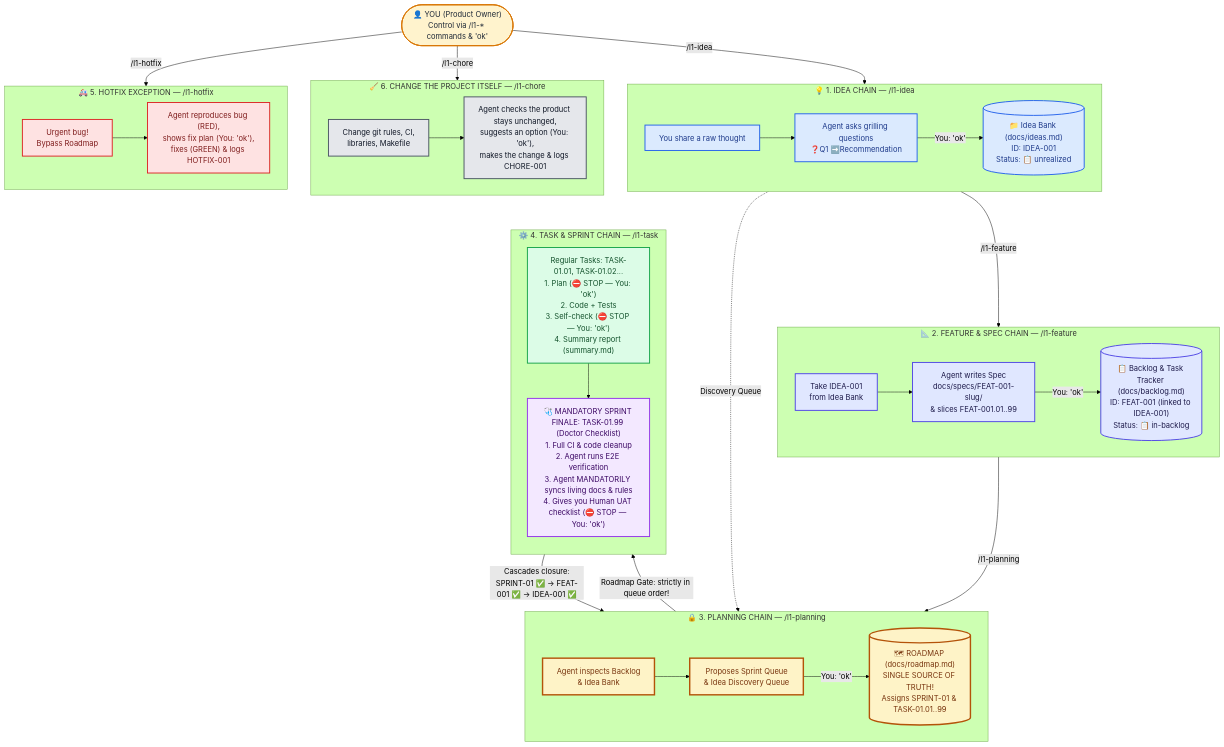
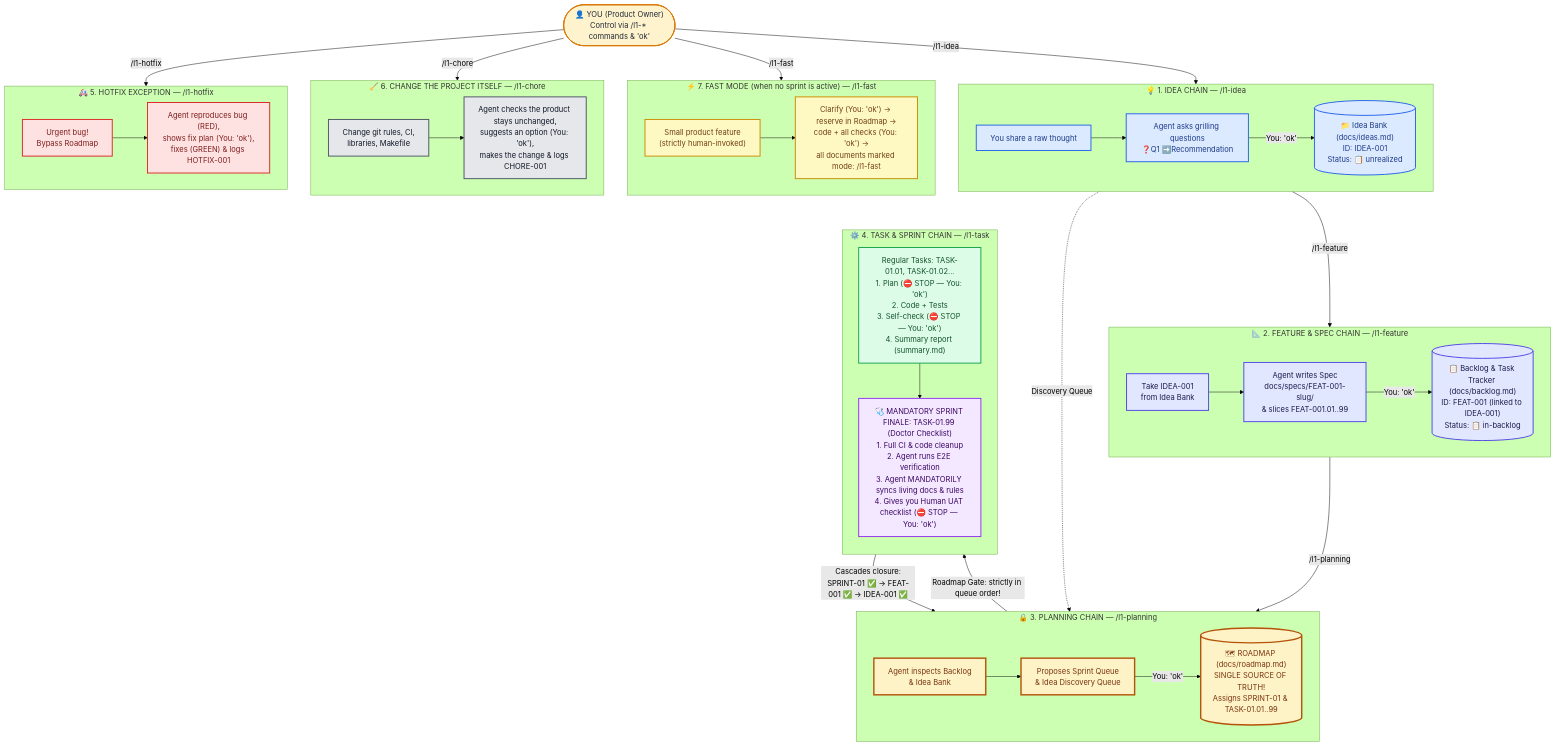
Before and after one commit to ledvanoff/l1dder: the first of 2 diagrams in assets/i18n/en/user-guide/README.md, drawn with Mermaid (forest theme). The commit also changed other lines of this file and 41 other files, not shown here.

Commit message:
docs(guide): explain /l1-fast and sprint rejection across guides, methodology and site

````diff
--- a/assets/i18n/en/user-guide/README.md
+++ b/assets/i18n/en/user-guide/README.md
@@ -41,57 +42,64 @@
 ```mermaid
 flowchart TB
     classDef human fill:#FFF3CD,stroke:#D97706,stroke-width:2px,color:#1F2937
     classDef ideaFlow fill:#DBEAFE,stroke:#2563EB,stroke-width:2px,color:#1E3A8A
     classDef featFlow fill:#E0E7FF,stroke:#4F46E5,stroke-width:2px,color:#1E1B4B
     classDef planFlow fill:#FEF3C7,stroke:#B45309,stroke-width:3px,color:#78350F
     classDef taskFlow fill:#DCFCE7,stroke:#16A34A,stroke-width:2px,color:#14532D
     classDef doctorFlow fill:#F3E8FF,stroke:#9333EA,stroke-width:2px,color:#3B0764
     classDef hotfixFlow fill:#FEE2E2,stroke:#DC2626,stroke-width:2px,color:#7F1D1D
     classDef choreFlow fill:#E5E7EB,stroke:#4B5563,stroke-width:2px,color:#111827
+    classDef fastFlow fill:#FEF9C3,stroke:#CA8A04,stroke-width:2px,color:#713F12
 
     YOU(["👤 YOU (Product Owner)<br/>Control via /l1-* commands & 'ok'"]):::human
 
     subgraph CHAIN1["💡 1. IDEA CHAIN — /l1-idea"]
         direction LR
         I1["You share a raw thought"]:::ideaFlow --> I2["Agent asks grilling questions<br/>❓Q1 ➡️Recommendation"]:::ideaFlow
         I2 -->|"You: 'ok'"| I3[("📁 Idea Bank (docs/ideas.md)<br/>ID: IDEA-001<br/>Status: 📋 unrealized")]:::ideaFlow
     end
 
     subgraph CHAIN2["📐 2. FEATURE & SPEC CHAIN — /l1-feature"]
         direction LR
         F1["Take IDEA-001<br/>from Idea Bank"]:::featFlow --> F2["Agent writes Spec<br/>docs/specs/FEAT-001-slug/<br/>& slices FEAT-001.01..99"]:::featFlow
         F2 -->|"You: 'ok'"| F3[("📋 Backlog & Task Tracker (docs/backlog.md)<br/>ID: FEAT-001 (linked to IDEA-001)<br/>Status: 📋 in-backlog")]:::featFlow
     end
 
     subgraph CHAIN3["🔒 3. PLANNING CHAIN — /l1-planning"]
         direction LR
         P1["Agent inspects Backlog<br/>& Idea Bank"]:::planFlow --> P2["Proposes Sprint Queue<br/>& Idea Discovery Queue"]:::planFlow
         P2 -->|"You: 'ok'"| P3[("🗺 ROADMAP (docs/roadmap.md)<br/>SINGLE SOURCE OF TRUTH!<br/>Assigns SPRINT-01 & TASK-01.01..99")]:::planFlow
     end
 
     subgraph CHAIN4["⚙️ 4. TASK & SPRINT CHAIN — /l1-task"]
         direction TB
         T1["Regular Tasks: TASK-01.01, TASK-01.02...<br/>1. Plan (⛔ STOP — You: 'ok')<br/>2. Code + Tests<br/>3. Self-check (⛔ STOP — You: 'ok')<br/>4. Summary report (summary.md)"]:::taskFlow
         T2["🩺 MANDATORY SPRINT FINALE: TASK-01.99 (Doctor Checklist)<br/>1. Full CI & code cleanup<br/>2. Agent runs E2E verification<br/>3. Agent MANDATORILY syncs living docs & rules<br/>4. Gives you Human UAT checklist (⛔ STOP — You: 'ok')"]:::doctorFlow
         T1 --> T2
     end
 
     subgraph CHAIN5["🚑 5. HOTFIX EXCEPTION — /l1-hotfix"]
         direction LR
         H1["Urgent bug!<br/>Bypass Roadmap"]:::hotfixFlow --> H2["Agent reproduces bug (RED),<br/>shows fix plan (You: 'ok'),<br/>fixes (GREEN) & logs HOTFIX-001"]:::hotfixFlow
     end
 
     subgraph CHAIN6["🧹 6. CHANGE THE PROJECT ITSELF — /l1-chore"]
         direction LR
         C1["Change git rules, CI,<br/>libraries, Makefile"]:::choreFlow --> C2["Agent checks the product stays unchanged,<br/>suggests an option (You: 'ok'),<br/>makes the change & logs CHORE-001"]:::choreFlow
     end
 
+    subgraph CHAIN7["⚡ 7. FAST MODE (when no sprint is active) — /l1-fast"]
+        direction LR
+        FM1["Small product feature<br/>(strictly human-invoked)"]:::fastFlow --> FM2["Clarify (You: 'ok') → reserve in Roadmap →<br/>code + all checks (You: 'ok') →<br/>all documents marked mode: /l1-fast"]:::fastFlow
+    end
+
     YOU -->|"/l1-idea"| CHAIN1
     I3 -->|"/l1-feature"| CHAIN2
     F3 -->|"/l1-planning"| CHAIN3
     I3 -.->|"Discovery Queue"| CHAIN3
     P3 -->|"Roadmap Gate: strictly in queue order!"| CHAIN4
     T2 -->|"Cascades closure:<br/>SPRINT-01 ✅ → FEAT-001 ✅ → IDEA-001 ✅"| P3
     YOU -->|"/l1-hotfix"| CHAIN5
     YOU -->|"/l1-chore"| CHAIN6
+    YOU -->|"/l1-fast"| CHAIN7
 ```
````
